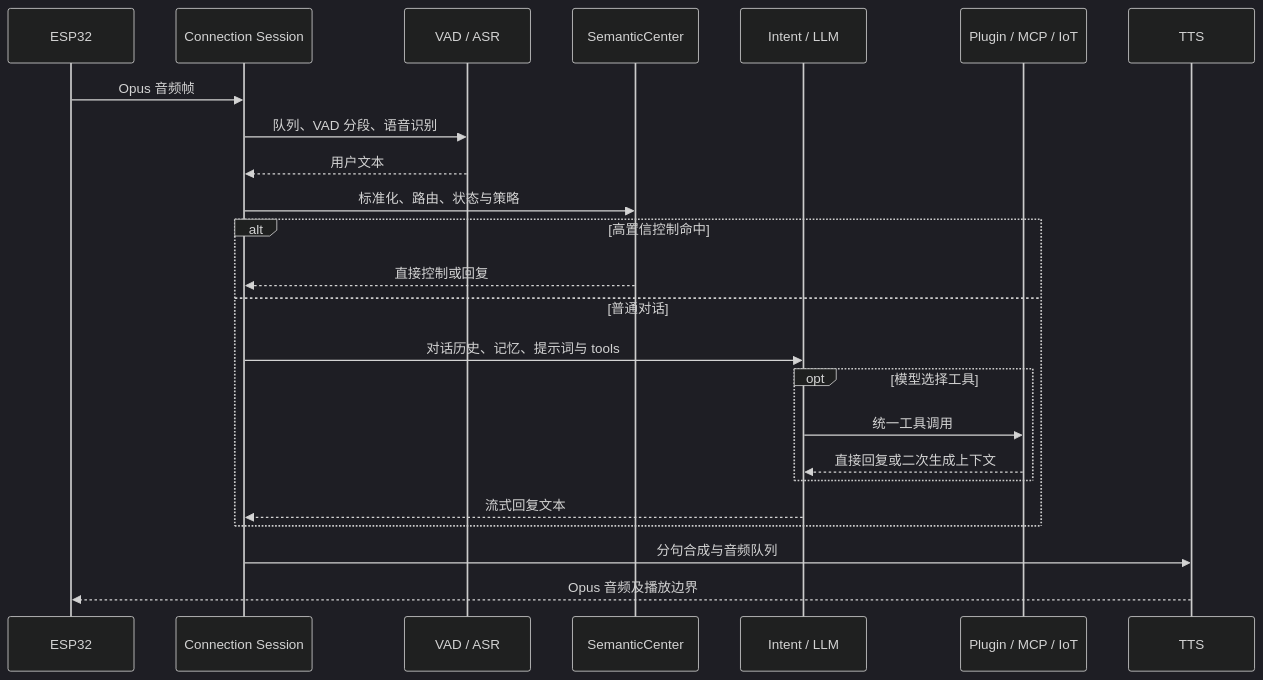
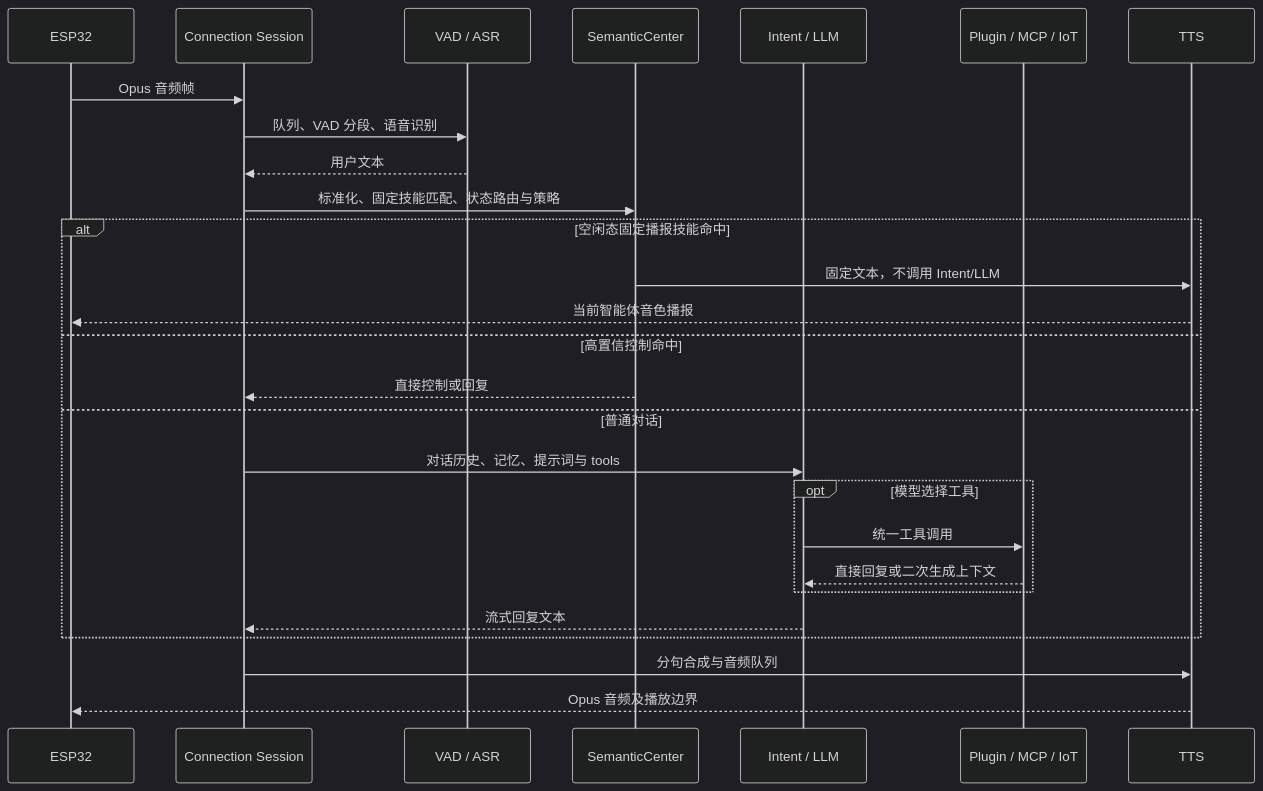
The third of 3 diagrams in docs/architecture/runtime-flows.md (ruirui688/xiaozhiserver), drawn with Mermaid (dark theme) before and after one commit. The commit also changed other lines of this file and 37 other files, not shown here.

````diff
--- a/docs/architecture/runtime-flows.md
+++ b/docs/architecture/runtime-flows.md
@@ -76,26 +80,29 @@
 ```mermaid
 sequenceDiagram
     participant D as ESP32
     participant S as Connection Session
     participant ASR as VAD / ASR
     participant SEM as SemanticCenter
     participant LLM as Intent / LLM
     participant TOOL as Plugin / MCP / IoT
     participant TTS as TTS
     D->>S: Opus 音频帧
     S->>ASR: 队列、VAD 分段、语音识别
     ASR-->>S: 用户文本
-    S->>SEM: 标准化、路由、状态与策略
-    alt 高置信控制命中
+    S->>SEM: 标准化、固定技能匹配、状态路由与策略
+    alt 空闲态固定播报技能命中
+        SEM->>TTS: 固定文本，不调用 Intent/LLM
+        TTS-->>D: 当前智能体音色播报
+    else 高置信控制命中
         SEM-->>S: 直接控制或回复
     else 普通对话
         S->>LLM: 对话历史、记忆、提示词与 tools
         opt 模型选择工具
             LLM->>TOOL: 统一工具调用
             TOOL-->>LLM: 直接回复或二次生成上下文
         end
         LLM-->>S: 流式回复文本
     end
     S->>TTS: 分句合成与音频队列
     TTS-->>D: Opus 音频及播放边界
 ```
````
